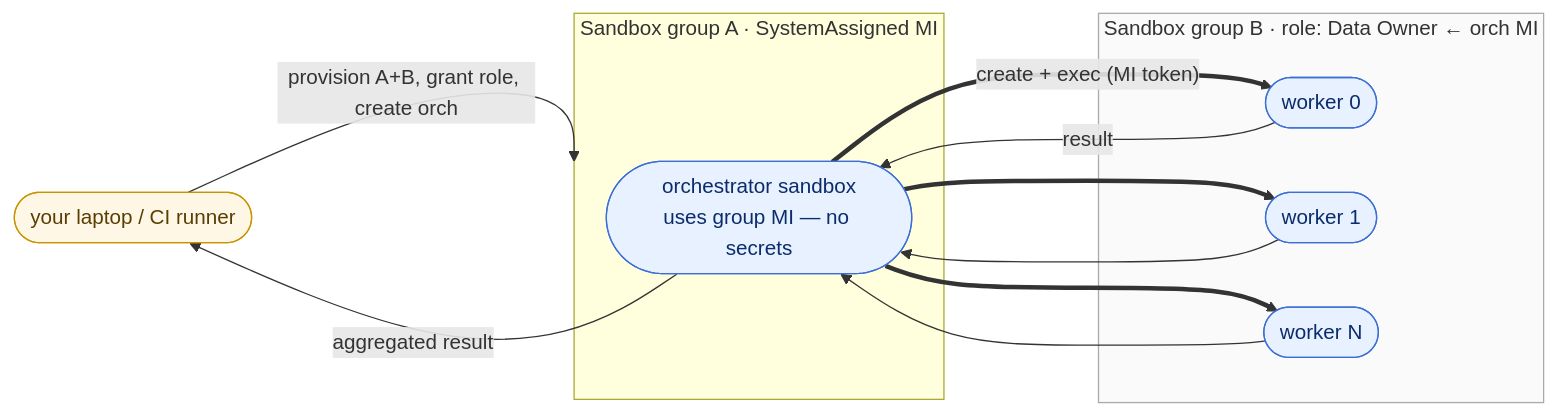
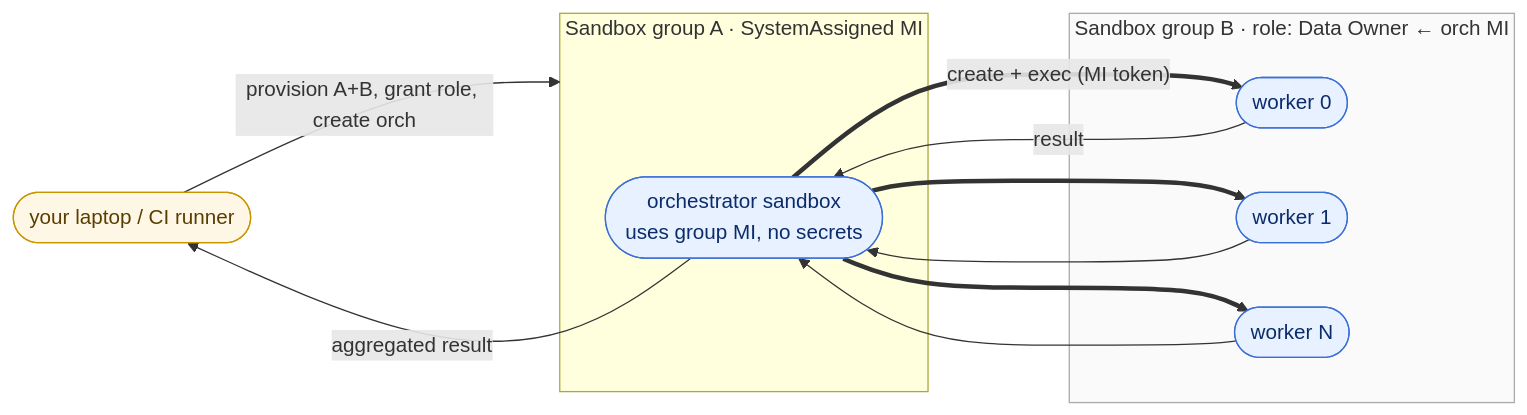
The diagram in python/samples/04-swarms/README.md (Azure-Samples/azure-container-apps-sandboxes), drawn with Mermaid before and after one commit. The commit also changed other lines of this file and 42 other files, not shown here.

````diff
--- a/python/samples/04-swarms/README.md
+++ b/python/samples/04-swarms/README.md
@@ -9,33 +9,33 @@
 ```mermaid
 flowchart LR
     classDef sandbox fill:#e8f1ff,stroke:#3b6fd6,color:#0b2c6b
     classDef group   fill:#fafafa,stroke:#aaa,color:#333
     classDef host    fill:#fff7e6,stroke:#c89400,color:#5a3d00
 
     host(["your laptop / CI runner"]):::host
-    orch(["orchestrator sandbox<br/>uses group MI — no secrets"]):::sandbox
+    orch(["orchestrator sandbox<br/>uses group MI, no secrets"]):::sandbox
     w1(["worker 0"]):::sandbox
     w2(["worker 1"]):::sandbox
     w3(["worker N"]):::sandbox
 
     subgraph A ["Sandbox group A · SystemAssigned MI"]
       orch
     end
     class A group
 
     subgraph B ["Sandbox group B · role: Data Owner ← orch MI"]
       w1
       w2
       w3
     end
     class B group
 
     host  -- "provision A+B, grant role, create orch" --> A
     orch  == "create + exec (MI token)" ==> w1
     orch  ==> w2
     orch  ==> w3
     w1    -- "result" --> orch
     w2    --> orch
     w3    --> orch
     orch  -- "aggregated result" --> host
 ```
````
